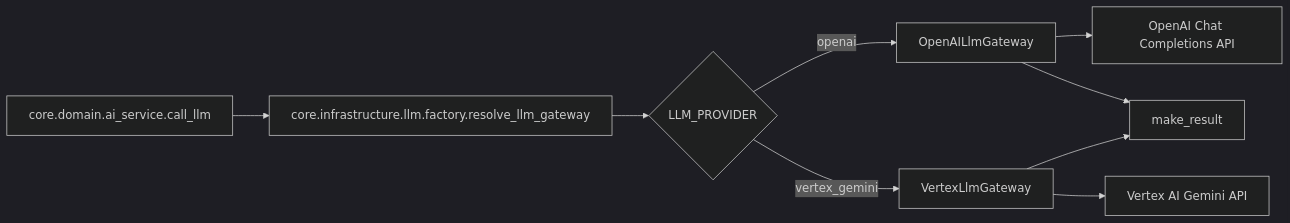
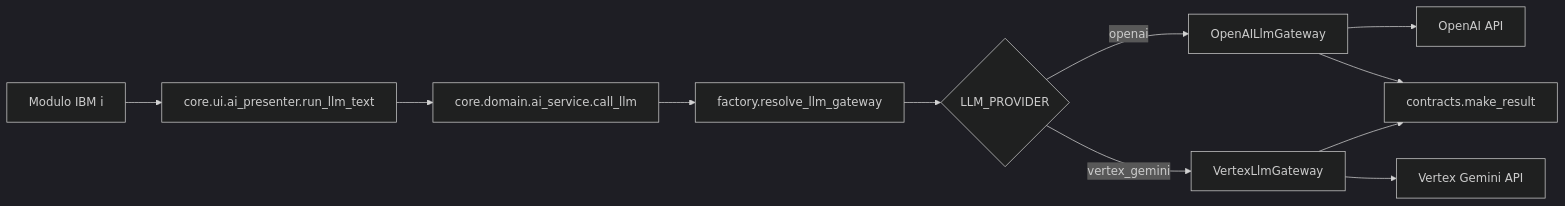
Before and after one commit to sergiocd89/AgenteSFTP: the diagram in core/infrastructure/llm/README.md, drawn with Mermaid (dark theme). The commit also changed other lines of this file and 28 other files, not shown here.

Commit message:
Refactor auth/profile architecture and update core documentation

````diff
--- a/core/infrastructure/llm/README.md
+++ b/core/infrastructure/llm/README.md
@@ -10,11 +13,16 @@
 ```mermaid
 flowchart LR
-A[core.domain.ai_service.call_llm] --> B[core.infrastructure.llm.factory.resolve_llm_gateway]
-B --> C{LLM_PROVIDER}
-C -->|openai| D[OpenAILlmGateway]
-C -->|vertex_gemini| E[VertexLlmGateway]
-D --> F[OpenAI Chat Completions API]
-E --> G[Vertex AI Gemini API]
-D --> H[make_result]
-E --> H
+    A[Modulo IBM i] --> B[core.ui.ai_presenter.run_llm_text]
+    B --> C[core.domain.ai_service.call_llm]
+    C --> D[factory.resolve_llm_gateway]
+    D --> E{LLM_PROVIDER}
+
+    E -->|openai| F[OpenAILlmGateway]
+    E -->|vertex_gemini| G[VertexLlmGateway]
+
+    F --> H[OpenAI API]
+    G --> I[Vertex Gemini API]
+
+    F --> J[contracts.make_result]
+    G --> J
 ```
````
